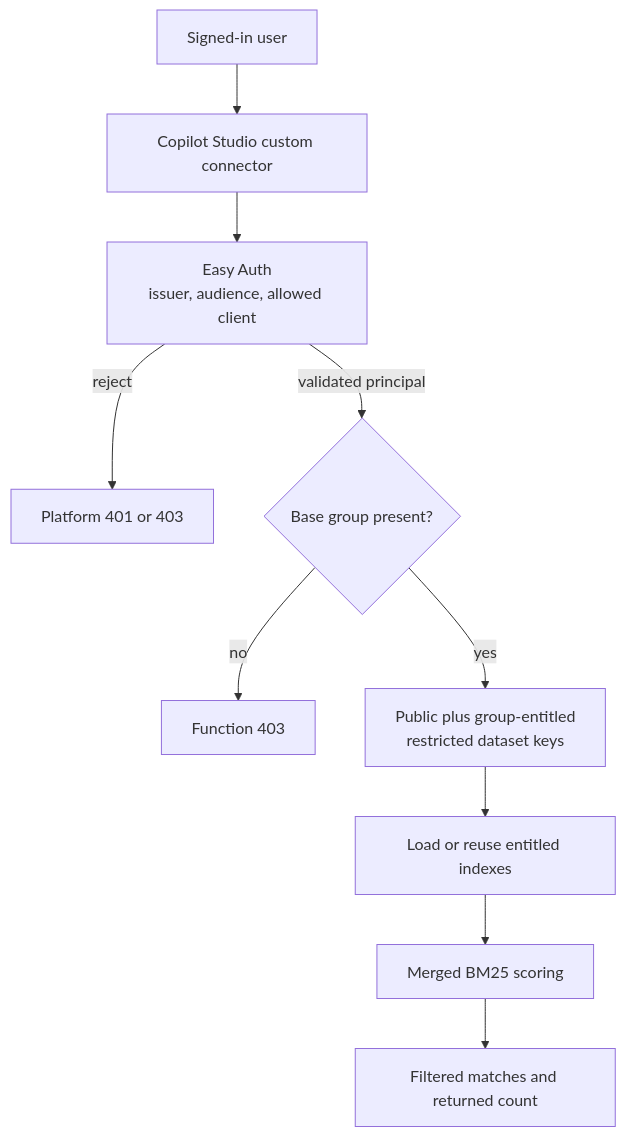
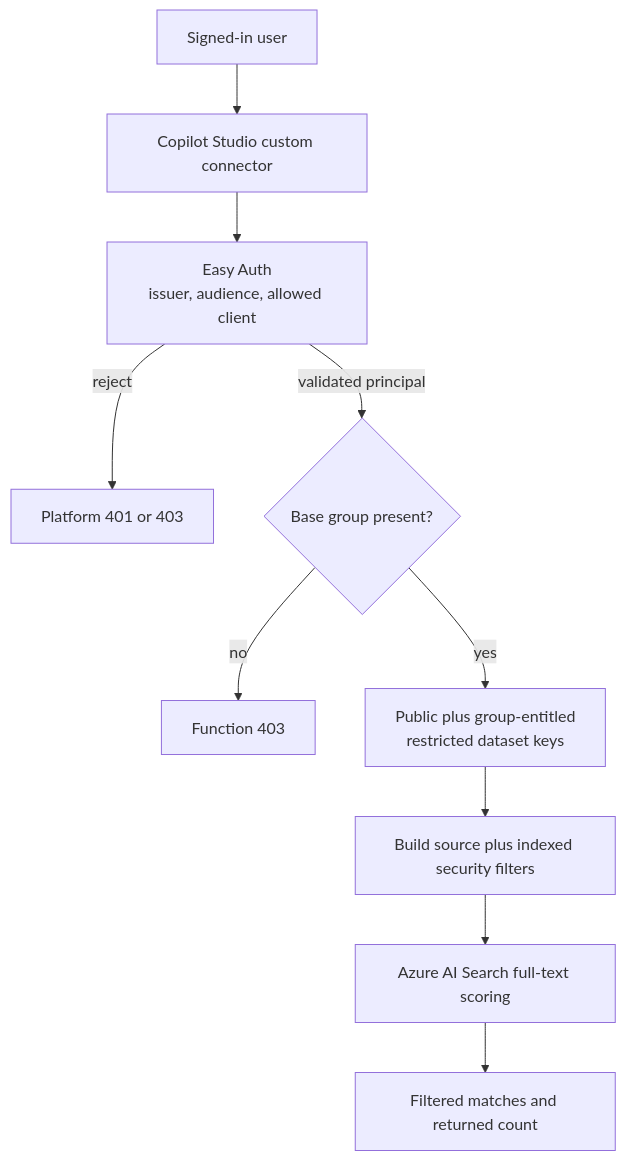
Before and after one commit to SteveCInVA/AllofUs-Agent: the diagram in docs/auth-design.md, drawn with Mermaid. The commit also changed other lines of this file and 22 other files, not shown here.

````diff
--- a/docs/auth-design.md
+++ b/docs/auth-design.md
@@ -152,12 +157,12 @@
 ```mermaid
 flowchart TB
     U["Signed-in user"] --> CC["Copilot Studio custom connector"]
     CC --> EA["Easy Auth<br/>issuer, audience, allowed client"]
     EA -- "reject" --> DENY["Platform 401 or 403"]
     EA -- "validated principal" --> BASE{"Base group present?"}
     BASE -- "no" --> R403["Function 403"]
     BASE -- "yes" --> KEYS["Public plus group-entitled<br/>restricted dataset keys"]
-    KEYS --> LOAD["Load or reuse entitled indexes"]
-    LOAD --> BM["Merged BM25 scoring"]
+    KEYS --> LOAD["Build source plus indexed security filters"]
+    LOAD --> BM["Azure AI Search full-text scoring"]
     BM --> OUT["Filtered matches and returned count"]
 ```
````
